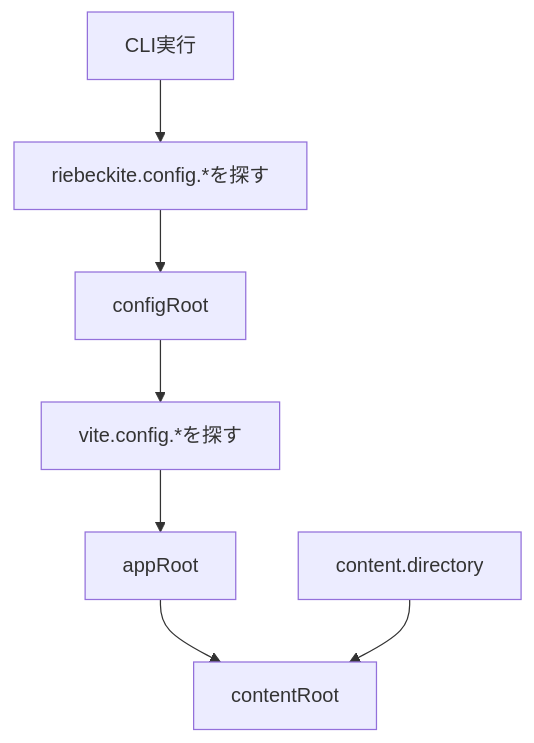
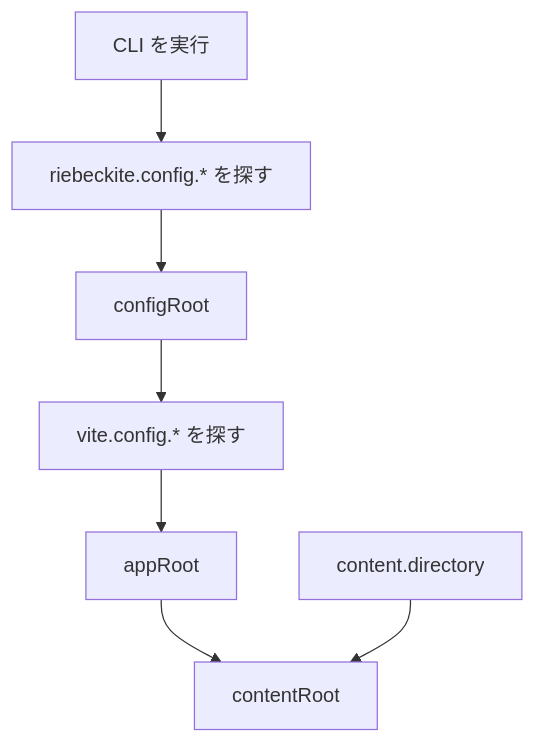
The third of 13 diagrams in docs/docs/guides/deployment/separate-content-repository.ja.md (Rerurate514/riebeckite), drawn with Mermaid before and after one commit. The commit also changed other lines of this file and 310 other files, not shown here.

````diff
--- a/docs/docs/guides/deployment/separate-content-repository.ja.md
+++ b/docs/docs/guides/deployment/separate-content-repository.ja.md
@@ -149,17 +70,17 @@
-```mermaid id="r6y9gr"
+```mermaid
 flowchart TD
-    CLI["CLI実行"]
-    Config["riebeckite.config.*を探す"]
+    CLI["CLI を実行"]
+    Config["riebeckite.config.* を探す"]
     ConfigRoot["configRoot"]
-    Vite["vite.config.*を探す"]
+    Vite["vite.config.* を探す"]
     AppRoot["appRoot"]
     Directory["content.directory"]
     ContentRoot["contentRoot"]
 
     CLI --> Config
     Config --> ConfigRoot
     ConfigRoot --> Vite
     Vite --> AppRoot
     AppRoot --> ContentRoot
     Directory --> ContentRoot
 ```
````
